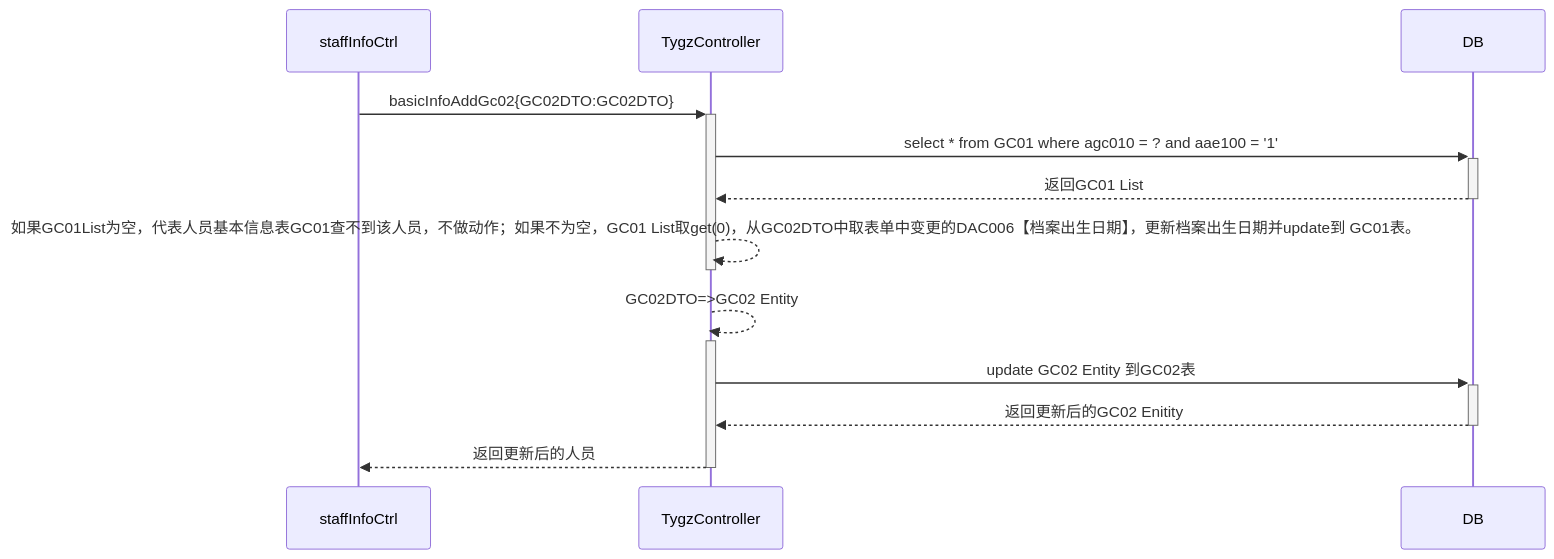
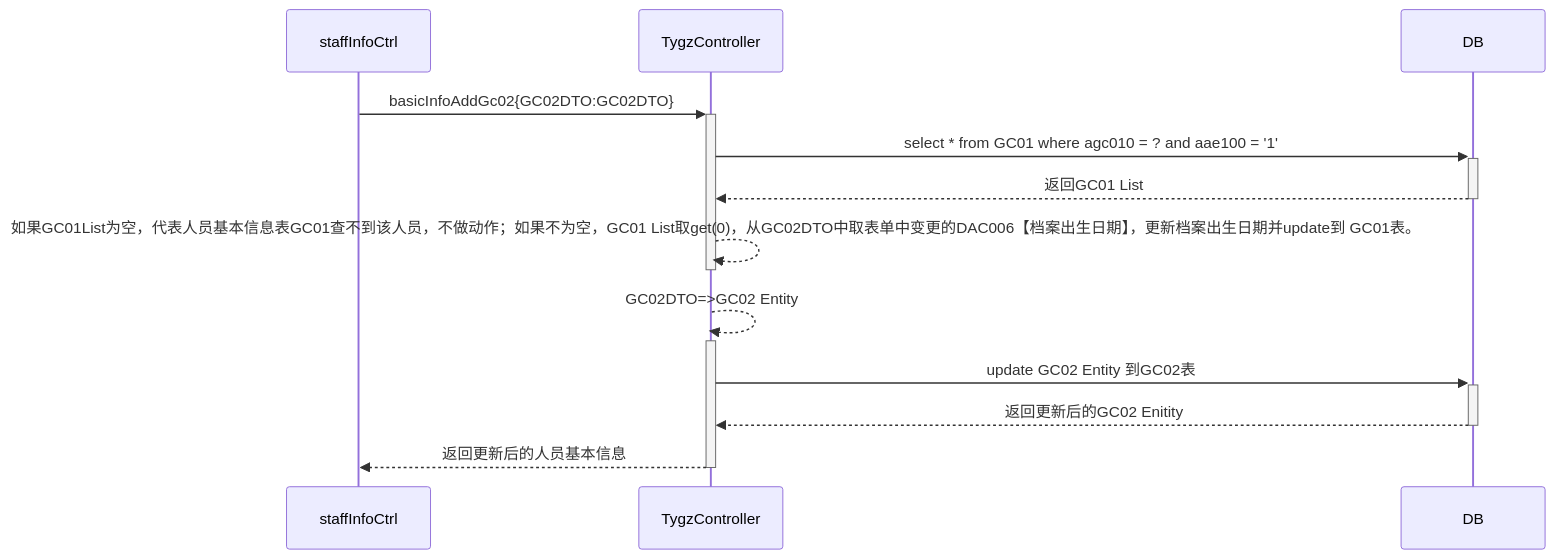
One commit to ZhangJianBeiJing/iodraw-files changed the diagram in all/未命名-1.md. Above: the diagram before and after it, drawn with Mermaid.

Commit message:
2025-03-24 17:56:11 update

````diff
--- a/all/未命名-1.md
+++ b/all/未命名-1.md
@@ -1,13 +1,15 @@
 ```mermaid
 sequenceDiagram
     staffInfoCtrl->>+TygzController:basicInfoAddGc02{GC02DTO:GC02DTO}
     TygzController->>+DB:select * from GC01 where agc010 = ? and aae100 = '1'
     DB-->>-TygzController:返回GC01 List
     TygzController-->>-TygzController:如果GC01List为空，代表人员基本信息表GC01查不到该人员，不做动作；如果不为空，GC01 List取get(0)，从GC02DTO中取表单中变更的DAC006【档案出生日期】，更新档案出生日期并update到 GC01表。
     TygzController-->>+TygzController:GC02DTO=>GC02 Entity
     TygzController->>+DB:update GC02 Entity 到GC02表
     DB-->>-TygzController:返回更新后的GC02 Enitity
-    TygzController-->>-staffInfoCtrl:返回更新后的人员
+    TygzController-->>-staffInfoCtrl:返回更新后的人员基本信息
+
+    
 
 
 ```
````
